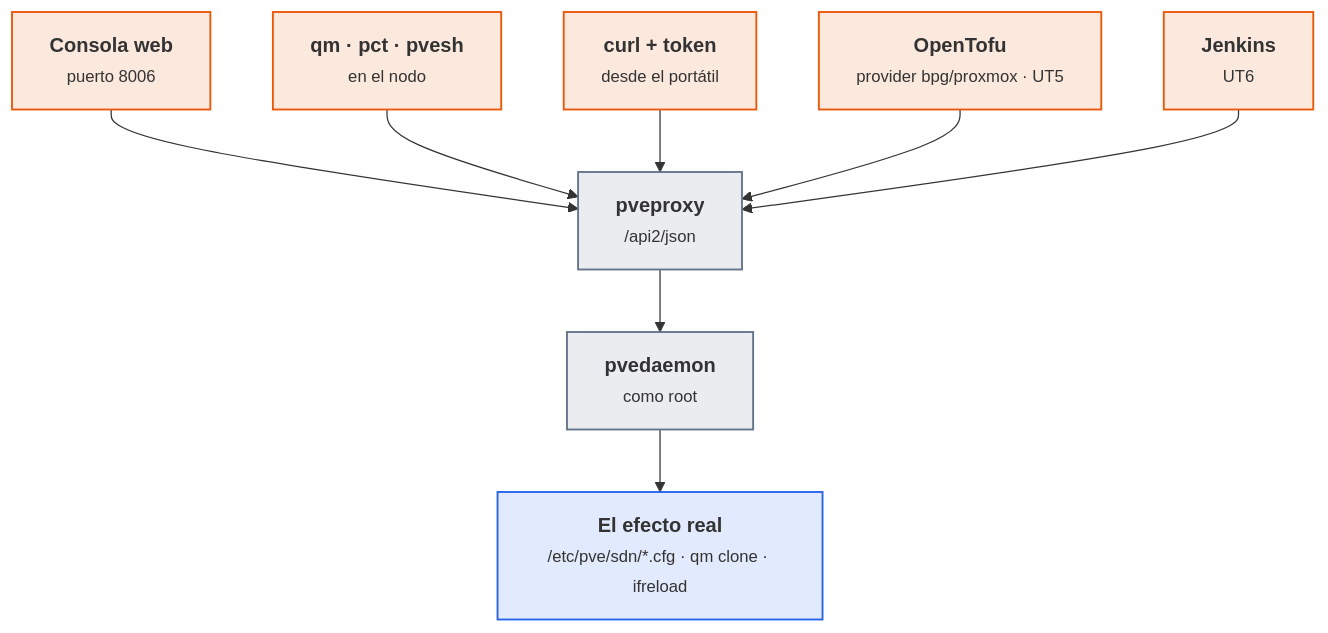
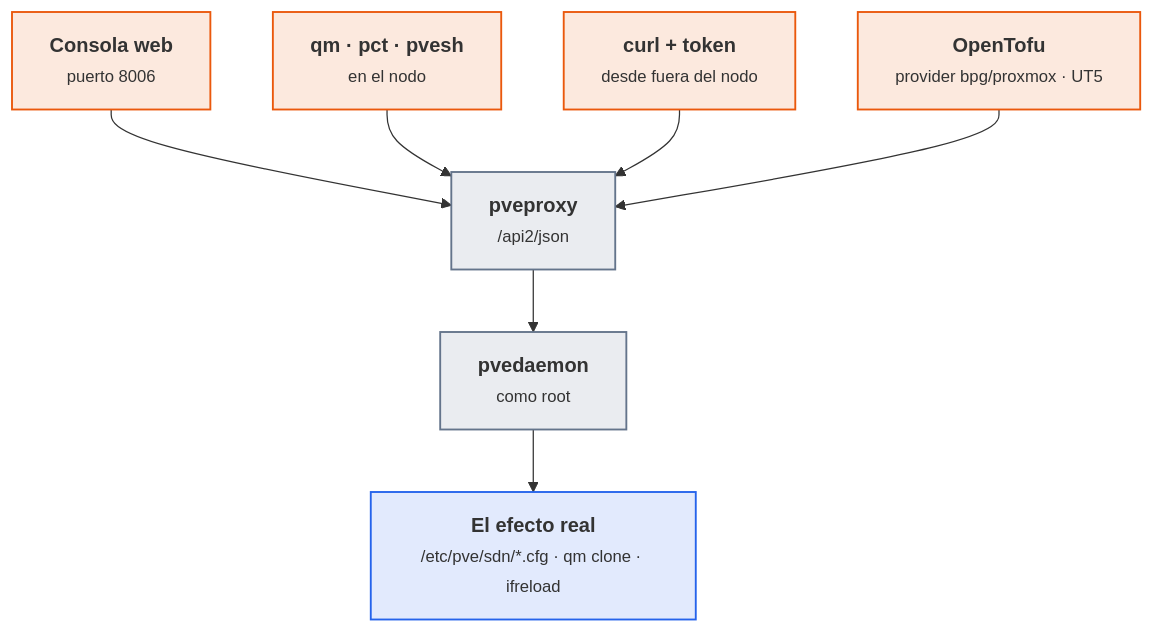
Before and after one commit to victor-educ/apuntes-5166: the eighth of 8 diagrams in docs/ut/ut2-vpc.md, drawn with Mermaid. The commit also changed other lines of this file and 15 other files, not shown here.

````diff
--- a/docs/ut/ut2-vpc.md
+++ b/docs/ut/ut2-vpc.md
@@ -1137,23 +1205,21 @@
 ```mermaid
 flowchart TD
     W["<b>Consola web</b><br><small>puerto 8006</small>"]:::act
     Q["<b>qm · pct · pvesh</b><br><small>en el nodo</small>"]:::act
-    C["<b>curl + token</b><br><small>desde el portátil</small>"]:::act
+    C["<b>curl + token</b><br><small>desde fuera del nodo</small>"]:::act
     T["<b>OpenTofu</b><br><small>provider bpg/proxmox · UT5</small>"]:::act
-    J["<b>Jenkins</b><br><small>UT6</small>"]:::act
     API["<b>pveproxy</b><br><small>/api2/json</small>"]:::pieza
     D["<b>pvedaemon</b><br><small>como root</small>"]:::pieza
     S["<b>El efecto real</b><br><small>/etc/pve/sdn/*.cfg · qm clone · ifreload</small>"]:::dato
     W --> API
     Q --> API
     C --> API
     T --> API
-    J --> API
     API --> D --> S
     classDef act fill:#ea580c22,stroke:#ea580c,stroke-width:1.5px
     classDef pieza fill:#64748b22,stroke:#64748b,stroke-width:1.5px
     classDef dato fill:#2563eb22,stroke:#2563eb,stroke-width:1.5px
     classDef infra fill:#a1a1aa14,stroke:#a1a1aa,stroke-width:1.5px
     classDef ok fill:#16a34a22,stroke:#16a34a,stroke-width:1.5px
     classDef riesgo fill:#dc262622,stroke:#dc2626,stroke-width:1.5px
 ```
````
